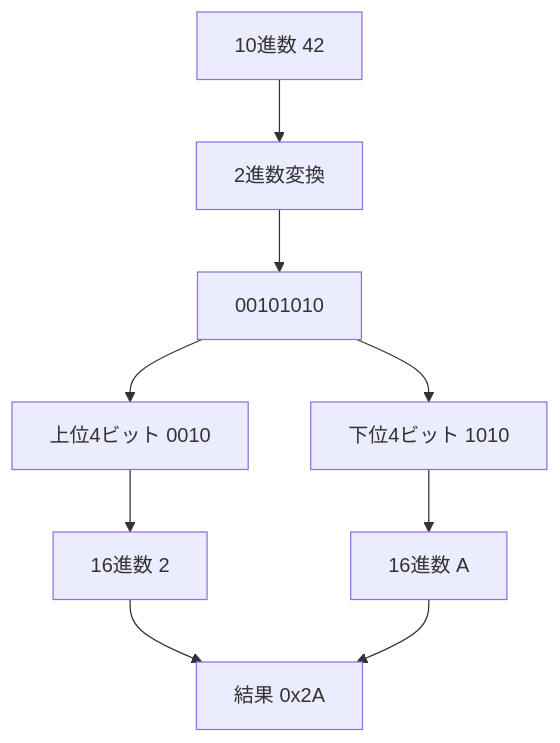
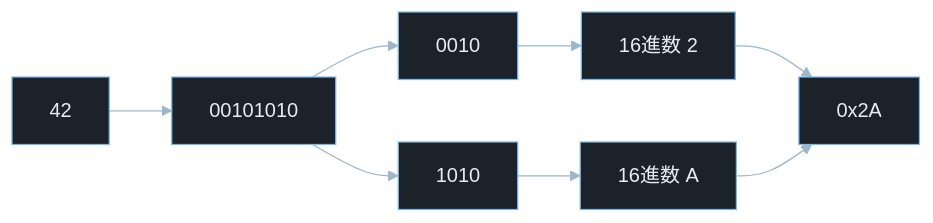
One commit to Omni-lab26/recon0x-content changed the first of 4 diagrams in articles/binary-hex-bitwise/index.md. Above: the diagram before and after it, drawn with Mermaid. The commit also changed other lines of this file, not shown here.

````diff
--- a/articles/binary-hex-bitwise/index.md
+++ b/articles/binary-hex-bitwise/index.md
@@ -61,11 +71,11 @@
 ```mermaid
-flowchart TD
-    A[10進数 42] --> B[2進数変換]
-    B --> C[00101010]
-    C --> D[上位4ビット 0010]
-    C --> E[下位4ビット 1010]
-    D --> F[16進数 2]
-    E --> G[16進数 A]
-    F --> H[結果 0x2A]
-    G --> H
+%%{init: {"theme":"base","themeVariables":{"background":"#0b1117","primaryColor":"#1b222a","primaryBorderColor":"#7fb6e8","primaryTextColor":"#e6edf3","lineColor":"#9db6c9","secondaryColor":"#111827","tertiaryColor":"#0b1117"}}}%%
+flowchart LR
+    A[42] --> B[00101010]
+    B --> C[0010]
+    B --> D[1010]
+    C --> E[16進数 2]
+    D --> F[16進数 A]
+    E --> G[0x2A]
+    F --> G
 ```
````
